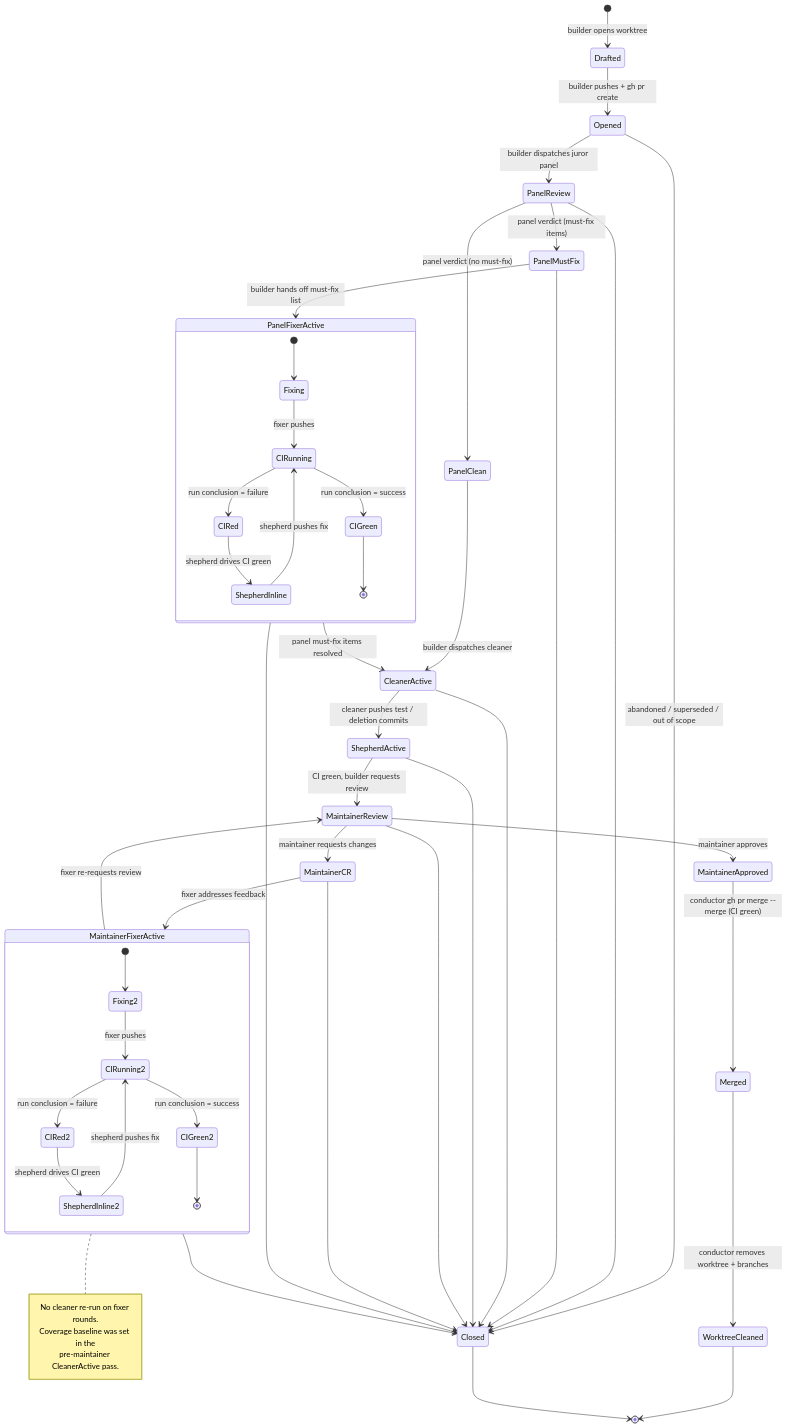
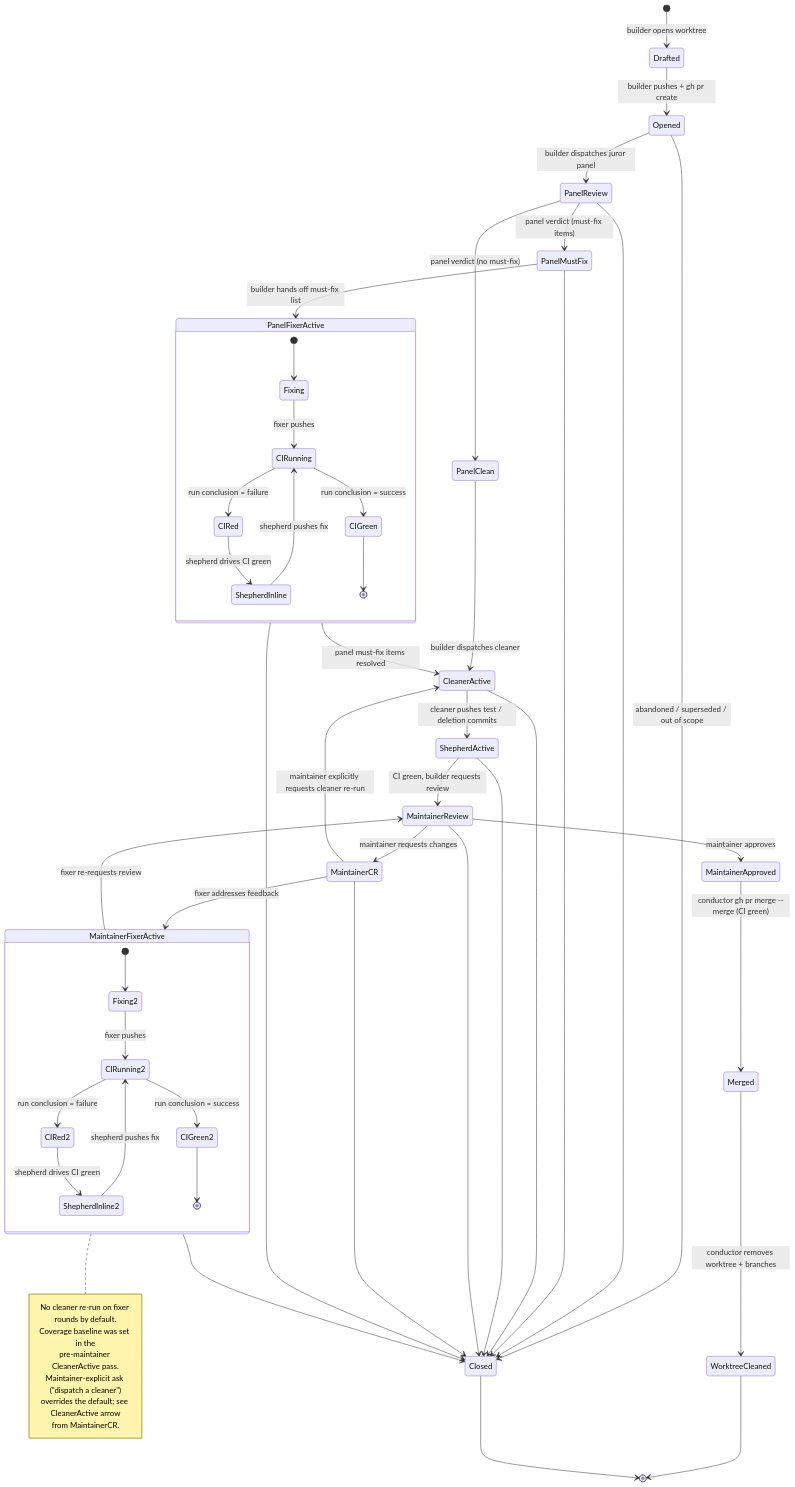
The diagram in roles/README.md (endojs/endo-but-for-bots), drawn with Mermaid before and after one commit. The commit also changed other lines of this file and 1 other file, not shown here.

Commit message:
docs(cleaner,roles): strengthen cleaner→shepherd hand-off + maintainer-explicit re-run exception (PR #122 lesson)

````diff
--- a/roles/README.md
+++ b/roles/README.md
@@ -100,64 +100,68 @@
 ```mermaid
 stateDiagram-v2
     direction TB
     [*] --> Drafted : builder opens worktree
     Drafted --> Opened : builder pushes + gh pr create
     Opened --> PanelReview : builder dispatches juror panel
     PanelReview --> PanelMustFix : panel verdict (must-fix items)
     PanelReview --> PanelClean : panel verdict (no must-fix)
 
     PanelMustFix --> PanelFixerActive : builder hands off must-fix list
 
     state PanelFixerActive {
         [*] --> Fixing
         Fixing --> CIRunning : fixer pushes
         CIRunning --> CIRed : run conclusion = failure
         CIRunning --> CIGreen : run conclusion = success
         CIRed --> ShepherdInline : shepherd drives CI green
         ShepherdInline --> CIRunning : shepherd pushes fix
         CIGreen --> [*]
     }
 
     PanelFixerActive --> CleanerActive : panel must-fix items resolved
     PanelClean --> CleanerActive : builder dispatches cleaner
 
     CleanerActive --> ShepherdActive : cleaner pushes test / deletion commits
     ShepherdActive --> MaintainerReview : CI green, builder requests review
 
     MaintainerReview --> MaintainerCR : maintainer requests changes
     MaintainerReview --> MaintainerApproved : maintainer approves
 
     MaintainerCR --> MaintainerFixerActive : fixer addresses feedback
+    MaintainerCR --> CleanerActive : maintainer explicitly requests cleaner re-run
 
     state MaintainerFixerActive {
         [*] --> Fixing2
         Fixing2 --> CIRunning2 : fixer pushes
         CIRunning2 --> CIRed2 : run conclusion = failure
         CIRunning2 --> CIGreen2 : run conclusion = success
         CIRed2 --> ShepherdInline2 : shepherd drives CI green
         ShepherdInline2 --> CIRunning2 : shepherd pushes fix
         CIGreen2 --> [*]
     }
 
     MaintainerFixerActive --> MaintainerReview : fixer re-requests review
     note right of MaintainerFixerActive
-      No cleaner re-run on fixer rounds.
+      No cleaner re-run on fixer rounds by default.
       Coverage baseline was set in the
       pre-maintainer CleanerActive pass.
+      Maintainer-explicit ask ("dispatch a cleaner")
+      overrides the default; see CleanerActive arrow
+      from MaintainerCR.
     end note
 
     MaintainerApproved --> Merged : conductor gh pr merge --merge (CI green)
     Merged --> WorktreeCleaned : conductor removes worktree + branches
     WorktreeCleaned --> [*]
 
     Opened --> Closed : abandoned / superseded / out of scope
     PanelReview --> Closed
     PanelMustFix --> Closed
     PanelFixerActive --> Closed
     CleanerActive --> Closed
     ShepherdActive --> Closed
     MaintainerReview --> Closed
     MaintainerCR --> Closed
     MaintainerFixerActive --> Closed
     Closed --> [*]
 ```
````
